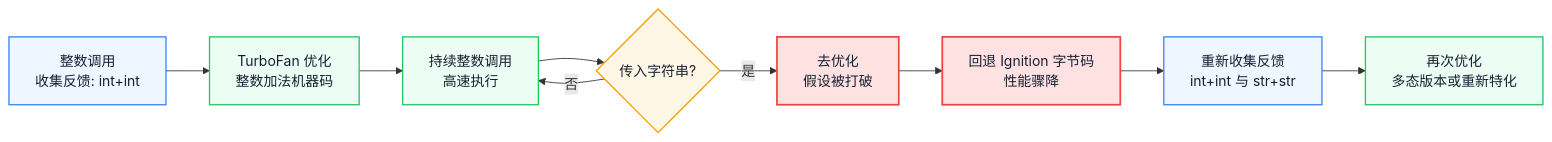
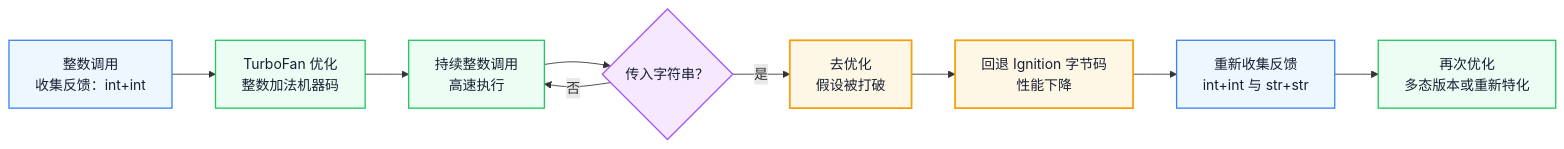
Before and after one commit to Fatejian/frontier-vault: the second of 4 diagrams in docs/javascript/v8-jit-gc.md, drawn with Mermaid. The commit also changed other lines of this file and 41 other files, not shown here.

````diff
--- a/docs/javascript/v8-jit-gc.md
+++ b/docs/javascript/v8-jit-gc.md
@@ -159,21 +137,20 @@
 ```mermaid
-%%{init: {'theme': 'base', 'themeVariables': { 'fontFamily': 'Inter, PingFang SC, Microsoft YaHei, sans-serif', 'primaryColor': '#EEF6FF', 'primaryTextColor': '#172033', 'primaryBorderColor': '#6EA8FE', 'lineColor': '#8A94A6', 'secondaryColor': '#F7F9FC', 'tertiaryColor': '#FFF7E6, 'fontSize': '13px'}}}%%
 flowchart LR
-    A["整数调用<br/>收集反馈: int+int"] --> B["TurboFan 优化<br/>整数加法机器码"]
-    B --> C[持续整数调用<br/>高速执行]
-    C --> D{传入字符串?}
-    D -- 是 --> E[去优化<br/>假设被打破]
-    E --> F[回退 Ignition 字节码<br/>性能骤降]
-    F --> G[重新收集反馈<br/>int+int 与 str+str]
-    G --> H[再次优化<br/>多态版本或重新特化]
-    D -- 否 --> C
+    A["整数调用<br/>收集反馈：int+int"] --> B["TurboFan 优化<br/>整数加法机器码"]
+    B --> C["持续整数调用<br/>高速执行"]
+    C --> D{"传入字符串？"}
+    D -- "是" --> E["去优化<br/>假设被打破"]
+    E --> F["回退 Ignition 字节码<br/>性能下降"]
+    F --> G["重新收集反馈<br/>int+int 与 str+str"]
+    G --> H["再次优化<br/>多态版本或重新特化"]
+    D -- "否" --> C
 
-    classDef collect fill:#EEF6FF,stroke:#3B82F6,color:#172033,stroke-width:1.5px;
-    classDef opt fill:#ECFDF3,stroke:#22C55E,color:#172033,stroke-width:1.5px;
-    classDef deopt fill:#FEE2E2,stroke:#EF4444,color:#172033,stroke-width:2px;
-    classDef decide fill:#FFF7E6,stroke:#F59E0B,color:#172033,stroke-width:1.5px;
-    class A,G collect;
-    class B,C,H opt;
-    class E,F deopt;
-    class D decide;
+    classDef wait fill:#EEF6FF,stroke:#3B82F6,color:#172033,stroke-width:1.5px;
+    classDef work fill:#ECFDF3,stroke:#22C55E,color:#172033,stroke-width:1.5px;
+    classDef block fill:#FFF7E6,stroke:#F59E0B,color:#172033,stroke-width:2px;
+    classDef metric fill:#F5E8FF,stroke:#A855F7,color:#172033,stroke-width:1.5px;
+    class A,G wait;
+    class B,C,H work;
+    class E,F block;
+    class D metric;
 ```
````
